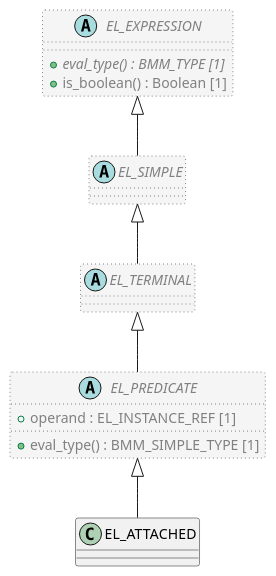
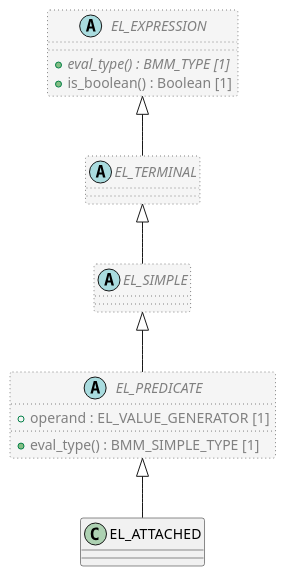
The diagram in code/Adoc/openehr_lang_1.1.0/plantUML/classes/org.openehr.lang.bmm.el_attached.adoc (sebastian-iancu/code-generator), drawn with PlantUML before and after one commit. The commit also changed 719 other files, not shown here.

```diff
--- a/code/Adoc/openehr_lang_1.1.0/plantUML/classes/org.openehr.lang.bmm.el_attached.adoc
+++ b/code/Adoc/openehr_lang_1.1.0/plantUML/classes/org.openehr.lang.bmm.el_attached.adoc
@@ -1,34 +1,34 @@
 [plantuml,EL_ATTACHED,format=svg,svg-type="inline"]
 -----
 @startuml
 
 class EL_ATTACHED {
 }
 
 abstract class EL_PREDICATE  #whitesmoke;line:gray;line.dotted;text:gray {
-  + operand : EL_INSTANCE_REF [1]
+  + operand : EL_VALUE_GENERATOR [1]
   + eval_type() : BMM_SIMPLE_TYPE [1]
 }
 
-abstract class EL_TERMINAL  #whitesmoke;line:gray;line.dotted;text:gray {
+abstract class EL_SIMPLE  #whitesmoke;line:gray;line.dotted;text:gray {
 }
 
-abstract class EL_SIMPLE  #whitesmoke;line:gray;line.dotted;text:gray {
+abstract class EL_TERMINAL  #whitesmoke;line:gray;line.dotted;text:gray {
 }
 
 abstract class EL_EXPRESSION  #whitesmoke;line:gray;line.dotted;text:gray {
   + {abstract} eval_type() : BMM_TYPE [1]
   + is_boolean() : Boolean [1]
 }
 
-EL_EXPRESSION <|-- EL_SIMPLE
+EL_EXPRESSION <|-- EL_TERMINAL
 
-EL_SIMPLE <|-- EL_TERMINAL
+EL_TERMINAL <|-- EL_SIMPLE
 
-EL_TERMINAL <|-- EL_PREDICATE
+EL_SIMPLE <|-- EL_PREDICATE
 
 EL_PREDICATE <|-- EL_ATTACHED
 
 
 @enduml
 -----
```
